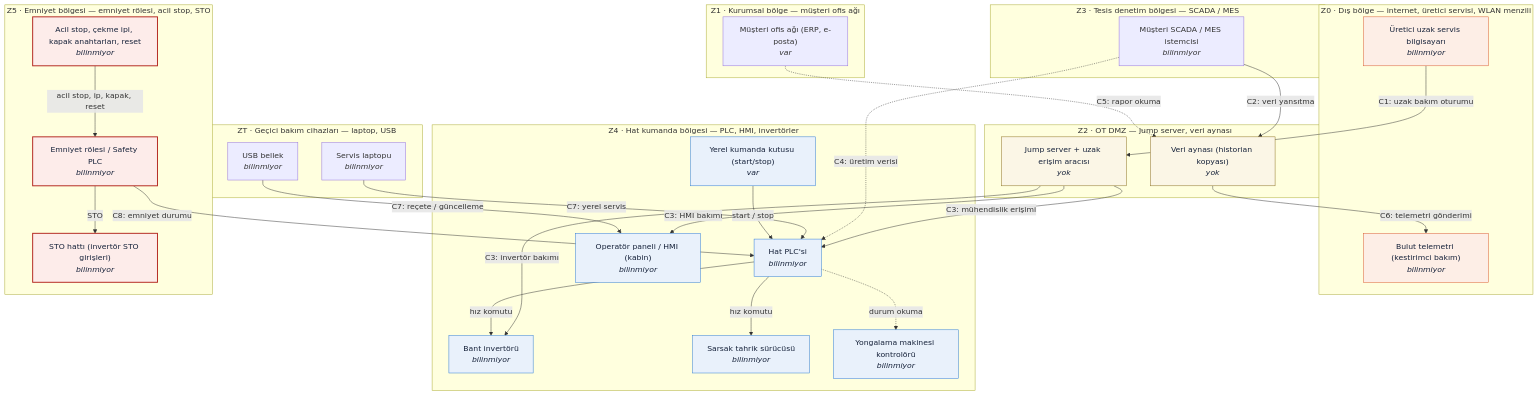
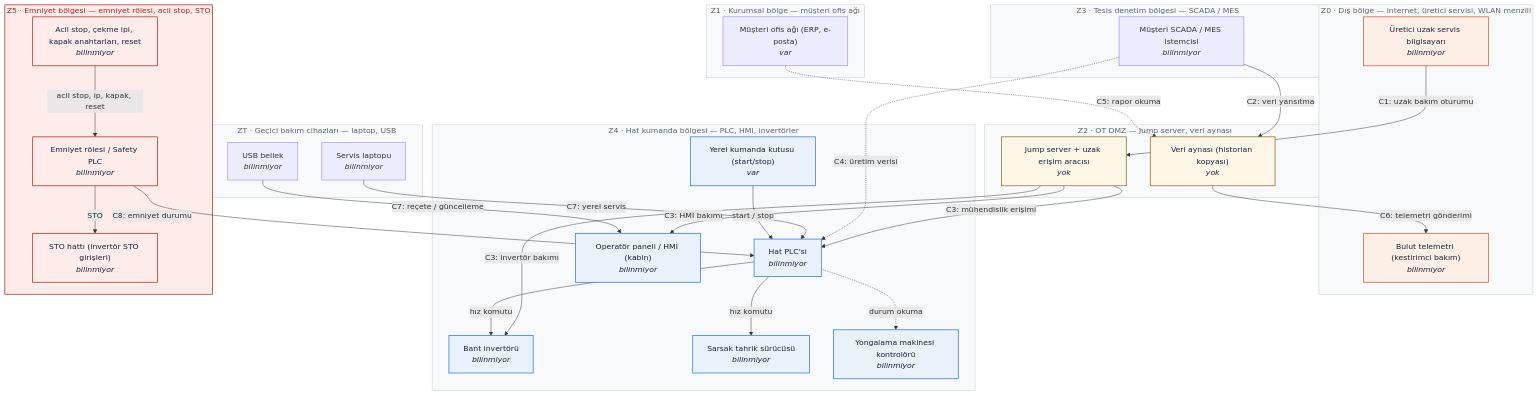
The diagram in efo_sim/out/lab2_hedef_varlik.mmd (YENESDGN/safety40-efo-konveyor), drawn with Mermaid before and after one commit. The commit also changed 67 other files, not shown here.

```diff
--- a/efo_sim/out/lab2_hedef_varlik.mmd
+++ b/efo_sim/out/lab2_hedef_varlik.mmd
@@ -1,66 +1,73 @@
 flowchart TB
   subgraph Z0["Z0 · Dış bölge — internet, üretici servisi, WLAN menzili"]
     uzak_servis["Üretici uzak servis bilgisayarı<br/><i>bilinmiyor</i>"]
     bulut["Bulut telemetri (kestirimci bakım)<br/><i>bilinmiyor</i>"]
   end
   subgraph Z1["Z1 · Kurumsal bölge — müşteri ofis ağı"]
     ofis["Müşteri ofis ağı (ERP, e-posta)<br/><i>var</i>"]
   end
   subgraph Z2["Z2 · OT DMZ — jump server, veri aynası"]
     jump["Jump server + uzak erişim aracısı<br/><i>yok</i>"]
     ayna["Veri aynası (historian kopyası)<br/><i>yok</i>"]
   end
   subgraph Z3["Z3 · Tesis denetim bölgesi — SCADA / MES"]
     scada["Müşteri SCADA / MES istemcisi<br/><i>bilinmiyor</i>"]
   end
   subgraph Z4["Z4 · Hat kumanda bölgesi — PLC, HMI, invertörler"]
     plc["Hat PLC'si<br/><i>bilinmiyor</i>"]
     hmi["Operatör paneli / HMI (kabin)<br/><i>bilinmiyor</i>"]
     vfd_bant["Bant invertörü<br/><i>bilinmiyor</i>"]
     vfd_sarsak["Sarsak tahrik sürücüsü<br/><i>bilinmiyor</i>"]
     yongalama["Yongalama makinesi kontrolörü<br/><i>bilinmiyor</i>"]
     kumanda["Yerel kumanda kutusu (start/stop)<br/><i>var</i>"]
   end
   subgraph Z5["Z5 · Emniyet bölgesi — emniyet rölesi, acil stop, STO"]
     emniyet["Emniyet rölesi / Safety PLC<br/><i>bilinmiyor</i>"]
     girisler["Acil stop, çekme ipi, kapak anahtarları, reset<br/><i>bilinmiyor</i>"]
     sto["STO hattı (invertör STO girişleri)<br/><i>bilinmiyor</i>"]
   end
   subgraph ZT["ZT · Geçici bakım cihazları — laptop, USB"]
     laptop["Servis laptopu<br/><i>bilinmiyor</i>"]
     usb["USB bellek<br/><i>bilinmiyor</i>"]
   end
   uzak_servis -->|"C1: uzak bakım oturumu"| jump
   jump -->|"C3: mühendislik erişimi"| plc
   jump -->|"C3: HMI bakımı"| hmi
   jump -->|"C3: invertör bakımı"| vfd_bant
   scada -.->|"C4: üretim verisi"| plc
   scada -->|"C2: veri yansıtma"| ayna
   ofis -.->|"C5: rapor okuma"| ayna
   ayna -->|"C6: telemetri gönderimi"| bulut
   laptop -->|"C7: yerel servis"| plc
   usb -->|"C7: reçete / güncelleme"| hmi
   plc -->|"hız komutu"| vfd_bant
   plc -->|"hız komutu"| vfd_sarsak
   plc -.->|"durum okuma"| yongalama
   kumanda -->|"start / stop"| plc
   girisler -->|"acil stop, ip, kapak, reset"| emniyet
   emniyet -->|"STO"| sto
   emniyet -->|"C8: emniyet durumu"| plc
-  classDef emniyet fill:#fdecea,stroke:#b3261e,stroke-width:2px,color:#16223a
-  classDef dis fill:#fdeee6,stroke:#d9572e,color:#16223a
-  classDef dmz fill:#fbf6e6,stroke:#8a6d1f,color:#16223a
-  classDef kumanda fill:#e9f1fb,stroke:#2a78d6,color:#16223a
+  classDef emniyet fill:#fdecea,stroke:#b3261e,stroke-width:1.5px,color:#16223a
+  classDef dis fill:#fdeee6,stroke:#d9572e,stroke-width:1.5px,color:#16223a
+  classDef dmz fill:#fbf6e6,stroke:#8a6d1f,stroke-width:1.5px,color:#16223a
+  classDef kumanda fill:#e9f1fb,stroke:#2a78d6,stroke-width:1.5px,color:#16223a
+  style Z0 fill:#f7f9fb,stroke:#c3c8d0,stroke-width:1px,color:#5b6576
+  style Z1 fill:#f7f9fb,stroke:#c3c8d0,stroke-width:1px,color:#5b6576
+  style Z2 fill:#f7f9fb,stroke:#c3c8d0,stroke-width:1px,color:#5b6576
+  style Z3 fill:#f7f9fb,stroke:#c3c8d0,stroke-width:1px,color:#5b6576
+  style Z4 fill:#f7f9fb,stroke:#c3c8d0,stroke-width:1px,color:#5b6576
+  style Z5 fill:#fdecea,stroke:#b3261e,stroke-width:1.5px,color:#b3261e
+  style ZT fill:#f7f9fb,stroke:#c3c8d0,stroke-width:1px,color:#5b6576
   class uzak_servis dis
   class bulut dis
   class jump dmz
   class ayna dmz
   class plc kumanda
   class hmi kumanda
   class vfd_bant kumanda
   class vfd_sarsak kumanda
   class yongalama kumanda
   class kumanda kumanda
   class emniyet emniyet
   class girisler emniyet
   class sto emniyet
```
